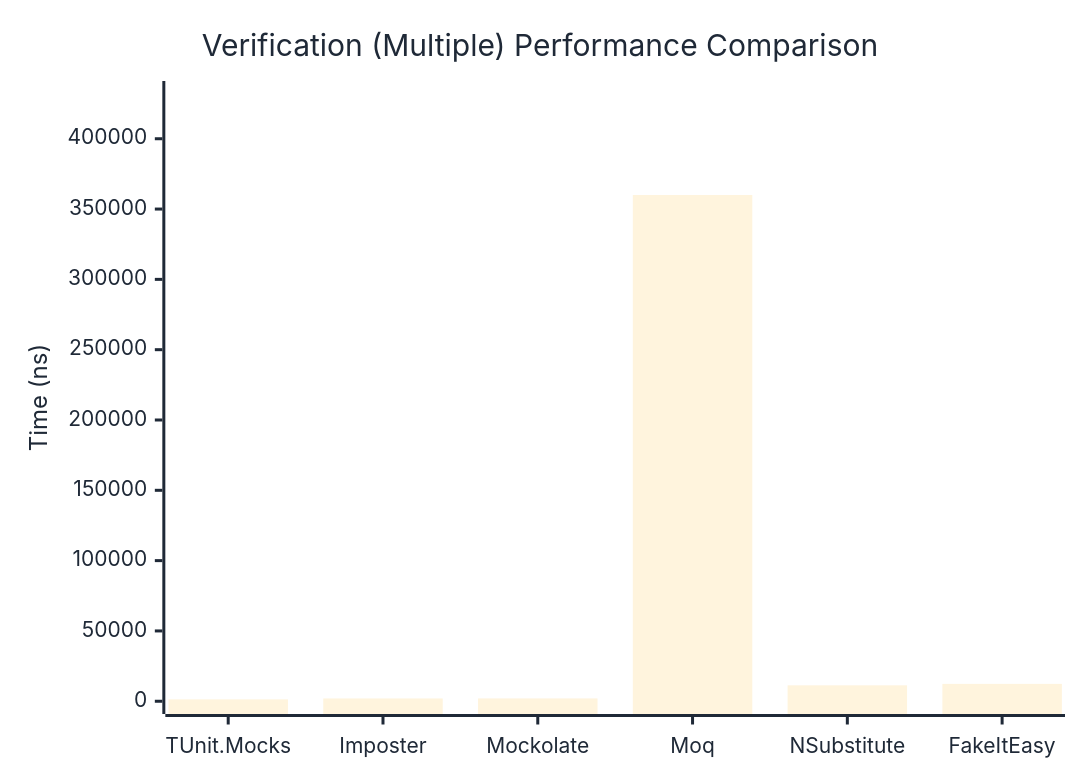
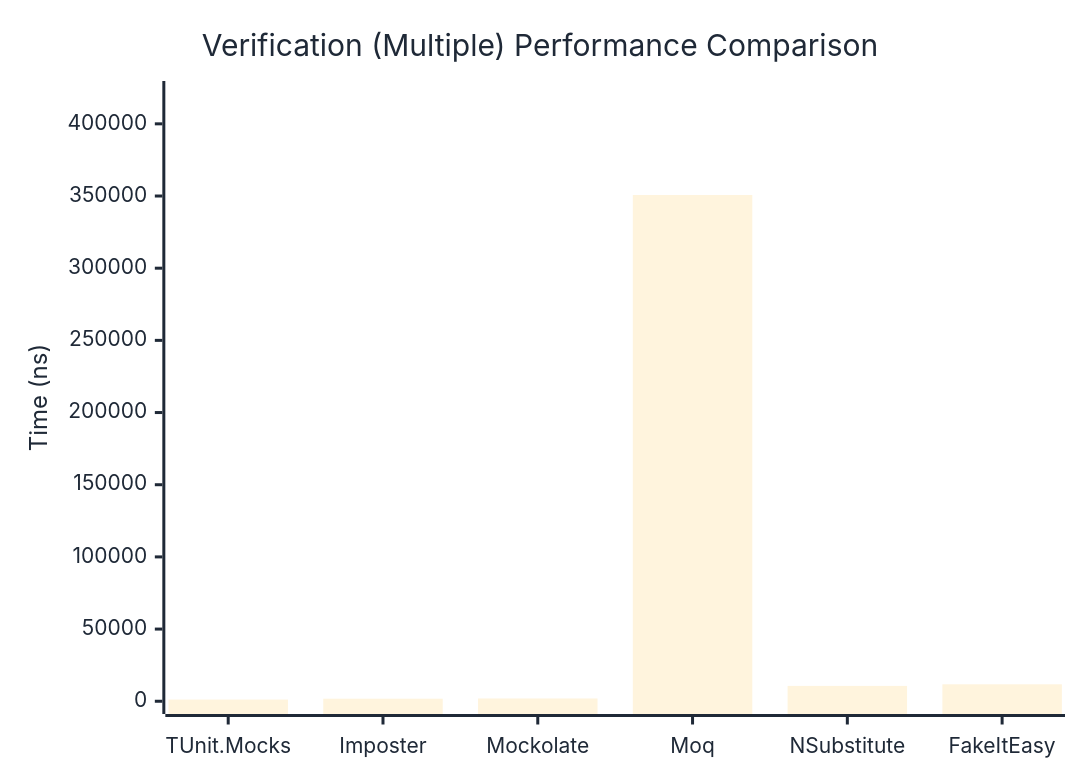
The third of 3 diagrams in docs/docs/benchmarks/mocks/Verification.md (thomhurst/TUnit), drawn with Mermaid before and after one commit. The commit also changed other lines of this file and 14 other files, not shown here.

````diff
--- a/docs/docs/benchmarks/mocks/Verification.md
+++ b/docs/docs/benchmarks/mocks/Verification.md
@@ -110,27 +110,27 @@
 ```mermaid
 %%{init: {
   'theme':'base',
   'themeVariables': {
     'primaryColor': '#2563eb',
     'primaryTextColor': '#1f2937',
     'primaryBorderColor': '#1e40af',
     'lineColor': '#6b7280',
     'secondaryColor': '#7c3aed',
     'tertiaryColor': '#dc2626',
     'background': '#ffffff',
     'pie1': '#2563eb',
     'pie2': '#7c3aed',
     'pie3': '#dc2626',
     'pie4': '#f59e0b',
     'pie5': '#10b981',
     'pie6': '#06b6d4',
     'pie7': '#ec4899',
     'pie8': '#6366f1'
   }
 }}%%
 xychart-beta
   title "Verification (Multiple) Performance Comparison"
   x-axis ["TUnit.Mocks", "Imposter", "Mockolate", "Moq", "NSubstitute", "FakeItEasy"]
-  y-axis "Time (ns)" 0 --> 431993
-  bar [1337.8, 1984.41, 2015.36, 359994.11, 11325.34, 12353.64]
+  y-axis "Time (ns)" 0 --> 420843
+  bar [1177.01, 1772.97, 1920.12, 350702.23, 10626.33, 11730.48]
 ```
````
